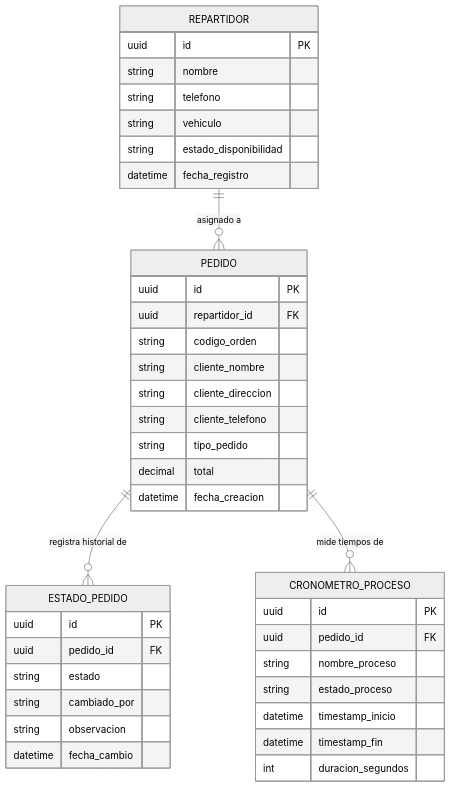
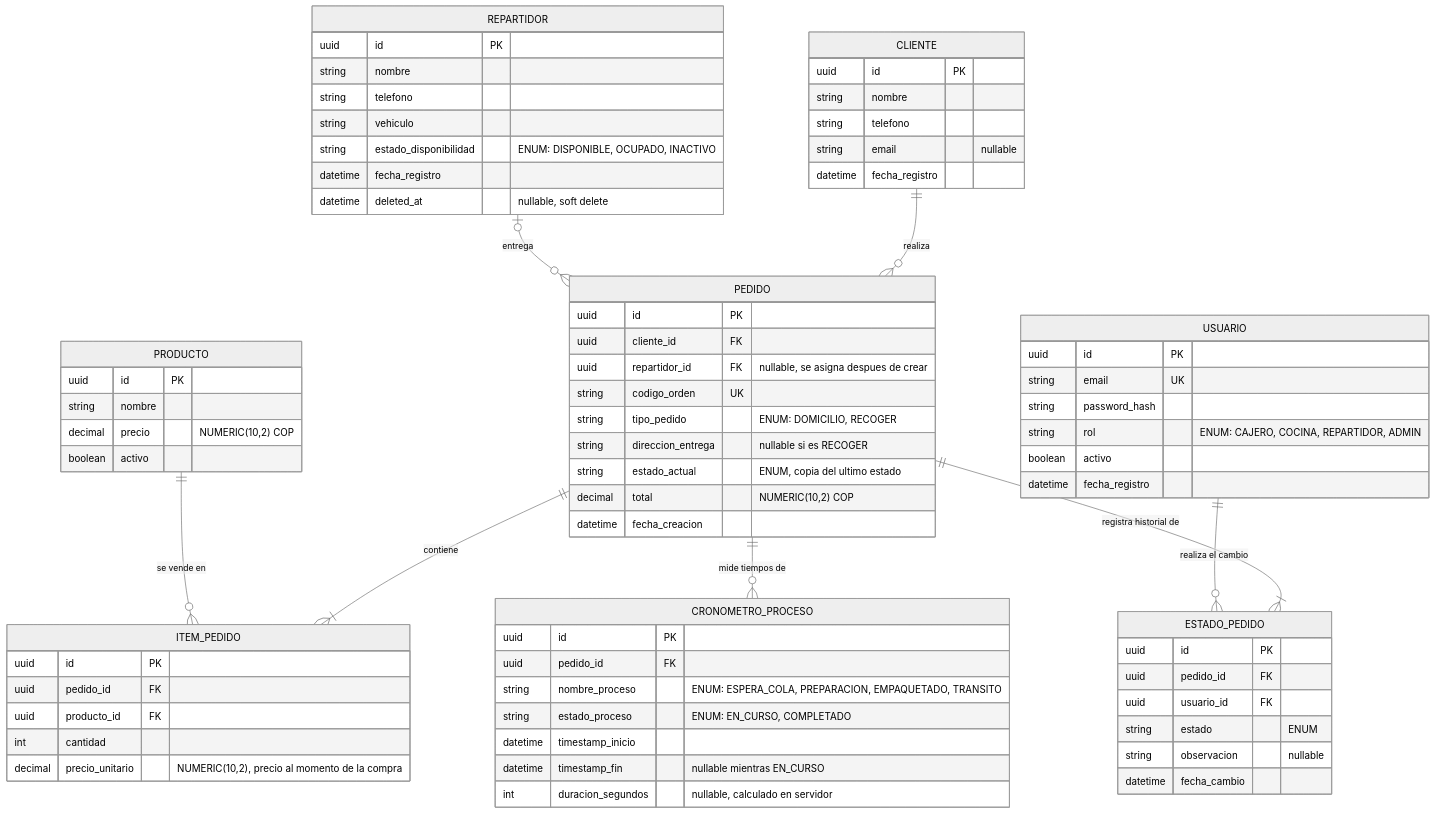
One commit to santme17/api-design-ORIZEN-Kitchen-Delivery-Flow-API changed the diagram in README.md. Above: the diagram before and after it, drawn with Mermaid (neutral theme). The commit also changed other lines of this file, not shown here.

````diff
--- a/README.md
+++ b/README.md
@@ -30,46 +42,83 @@
 ```mermaid
 erDiagram
-    REPARTIDOR ||--o{ PEDIDO : "asignado a"
-    PEDIDO ||--o{ ESTADO_PEDIDO : "registra historial de"
+    CLIENTE ||--o{ PEDIDO : "realiza"
+    REPARTIDOR |o--o{ PEDIDO : "entrega"
+    PEDIDO ||--|{ ITEM_PEDIDO : "contiene"
+    PRODUCTO ||--o{ ITEM_PEDIDO : "se vende en"
+    PEDIDO ||--|{ ESTADO_PEDIDO : "registra historial de"
+    USUARIO ||--o{ ESTADO_PEDIDO : "realiza el cambio"
     PEDIDO ||--o{ CRONOMETRO_PROCESO : "mide tiempos de"
+
+    USUARIO {
+        uuid id PK
+        string email UK
+        string password_hash
+        string rol "ENUM: CAJERO, COCINA, REPARTIDOR, ADMIN"
+        boolean activo
+        datetime fecha_registro
+    }
+
+    CLIENTE {
+        uuid id PK
+        string nombre
+        string telefono
+        string email "nullable"
+        datetime fecha_registro
+    }
 
     REPARTIDOR {
         uuid id PK
         string nombre
         string telefono
         string vehiculo
-        string estado_disponibilidad
+        string estado_disponibilidad "ENUM: DISPONIBLE, OCUPADO, INACTIVO"
         datetime fecha_registro
+        datetime deleted_at "nullable, soft delete"
+    }
+
+    PRODUCTO {
+        uuid id PK
+        string nombre
+        decimal precio "NUMERIC(10,2) COP"
+        boolean activo
     }
 
     PEDIDO {
         uuid id PK
-        uuid repartidor_id FK
-        string codigo_orden
-        string cliente_nombre
-        string cliente_direccion
-        string cliente_telefono
-        string tipo_pedido
-        decimal total
+        uuid cliente_id FK
+        uuid repartidor_id FK "nullable, se asigna despues de crear"
+        string codigo_orden UK
+        string tipo_pedido "ENUM: DOMICILIO, RECOGER"
+        string direccion_entrega "nullable si es RECOGER"
+        string estado_actual "ENUM, copia del ultimo estado"
+        decimal total "NUMERIC(10,2) COP"
         datetime fecha_creacion
+    }
+
+    ITEM_PEDIDO {
+        uuid id PK
+        uuid pedido_id FK
+        uuid producto_id FK
+        int cantidad
+        decimal precio_unitario "NUMERIC(10,2), precio al momento de la compra"
     }
 
     ESTADO_PEDIDO {
         uuid id PK
         uuid pedido_id FK
-        string estado
-        string cambiado_por
-        string observacion
+        uuid usuario_id FK
+        string estado "ENUM"
+        string observacion "nullable"
         datetime fecha_cambio
     }
 
     CRONOMETRO_PROCESO {
         uuid id PK
         uuid pedido_id FK
-        string nombre_proceso
-        string estado_proceso
+        string nombre_proceso "ENUM: ESPERA_COLA, PREPARACION, EMPAQUETADO, TRANSITO"
+        string estado_proceso "ENUM: EN_CURSO, COMPLETADO"
         datetime timestamp_inicio
-        datetime timestamp_fin
-        int duracion_segundos
+        datetime timestamp_fin "nullable mientras EN_CURSO"
+        int duracion_segundos "nullable, calculado en servidor"
     }
 ```
````
